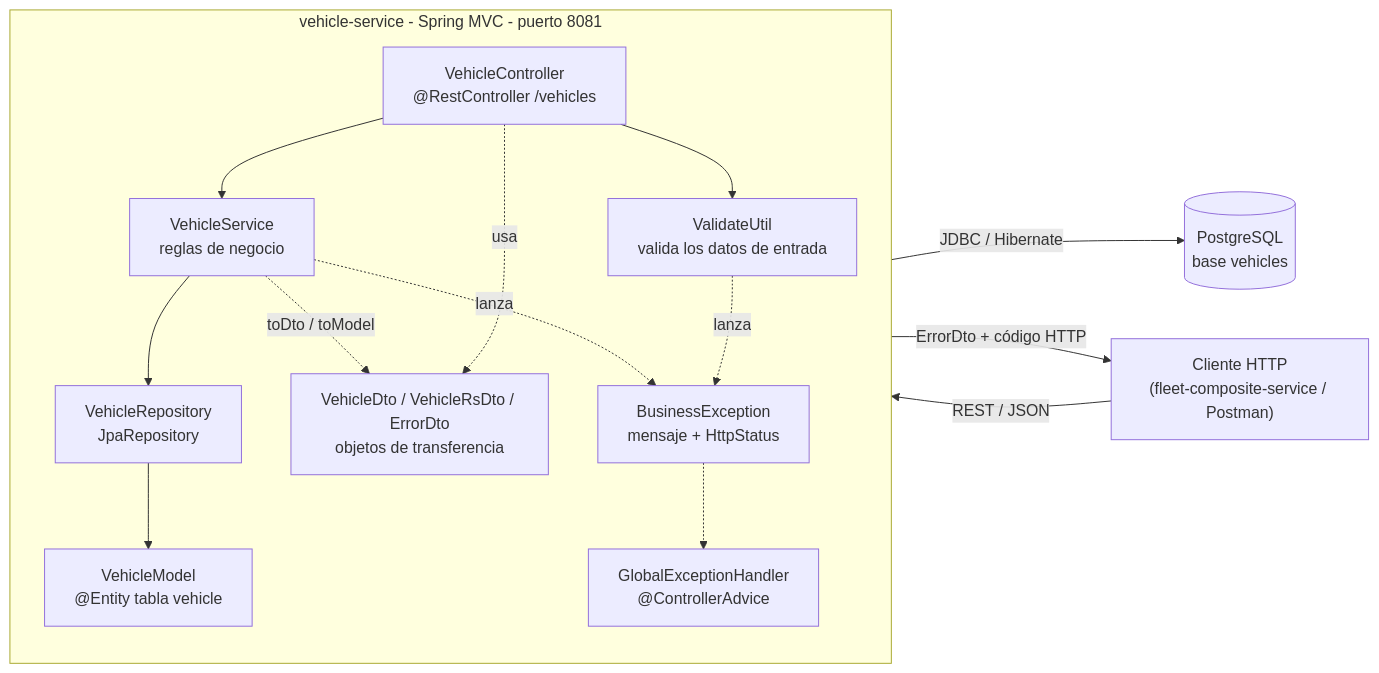
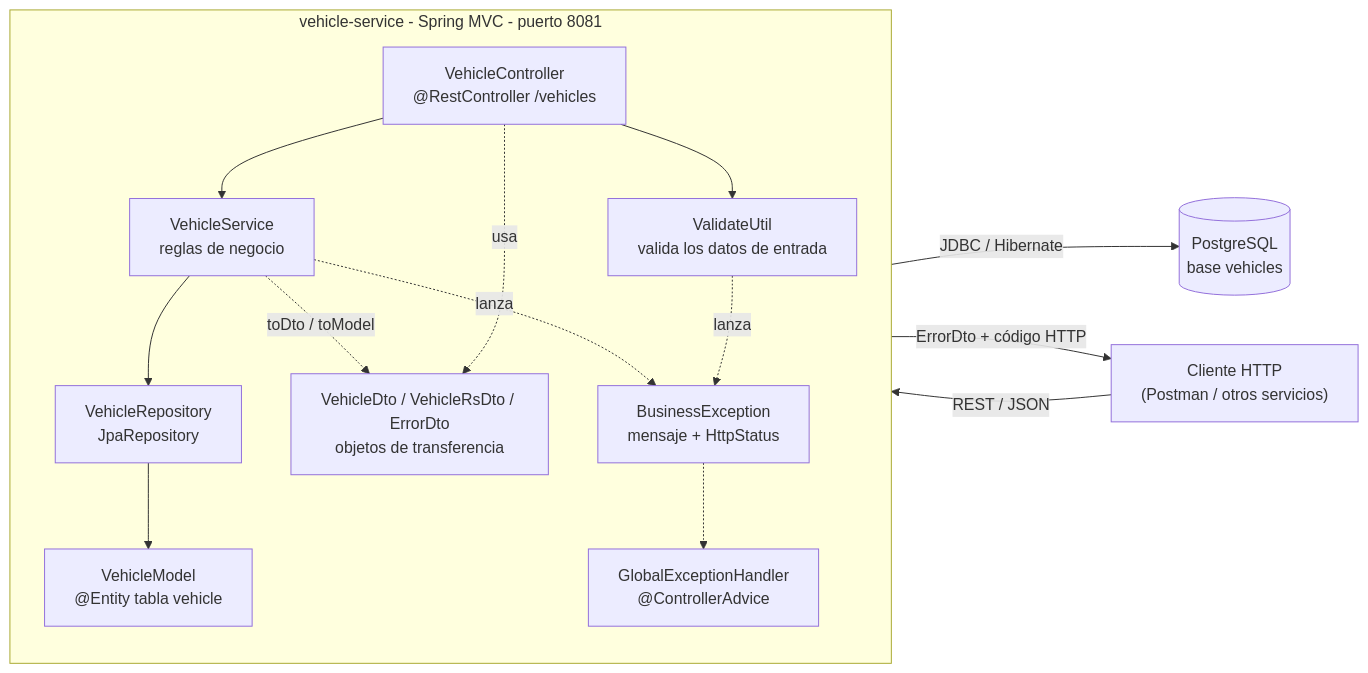
One commit to Amgeles12/vehicle-service changed the second of 5 diagrams in README.md. Above: the diagram before and after it, drawn with Mermaid. The commit also changed other lines of this file, not shown here.

Commit message:
docs: README de vehicle-service con diagramas

````diff
--- a/README.md
+++ b/README.md
@@ -111,31 +99,31 @@
 ```mermaid
 flowchart LR
-    client["Cliente HTTP<br/>(fleet-composite-service / Postman)"]
+    client["Cliente HTTP<br/>(Postman / otros servicios)"]
 
     subgraph vs["vehicle-service  -  Spring MVC  -  puerto 8081"]
         direction TB
         controller["VehicleController<br/>@RestController /vehicles"]
         validate["ValidateUtil<br/>valida los datos de entrada"]
         service["VehicleService<br/>reglas de negocio"]
         repo["VehicleRepository<br/>JpaRepository"]
         model["VehicleModel<br/>@Entity tabla vehicle"]
         dto["VehicleDto / VehicleRsDto / ErrorDto<br/>objetos de transferencia"]
         handler["GlobalExceptionHandler<br/>@ControllerAdvice"]
         exception["BusinessException<br/>mensaje + HttpStatus"]
     end
 
     db[("PostgreSQL<br/>base vehicles")]
 
     client -->|"REST / JSON"| controller
     controller --> validate
     controller --> service
     service --> repo
     repo --> model
     repo -->|"JDBC / Hibernate"| db
     controller -.->|"usa"| dto
     service -.->|"toDto / toModel"| dto
     validate -. "lanza" .-> exception
     service -. "lanza" .-> exception
     exception -.-> handler
     handler -->|"ErrorDto + código HTTP"| client
 ```
````
